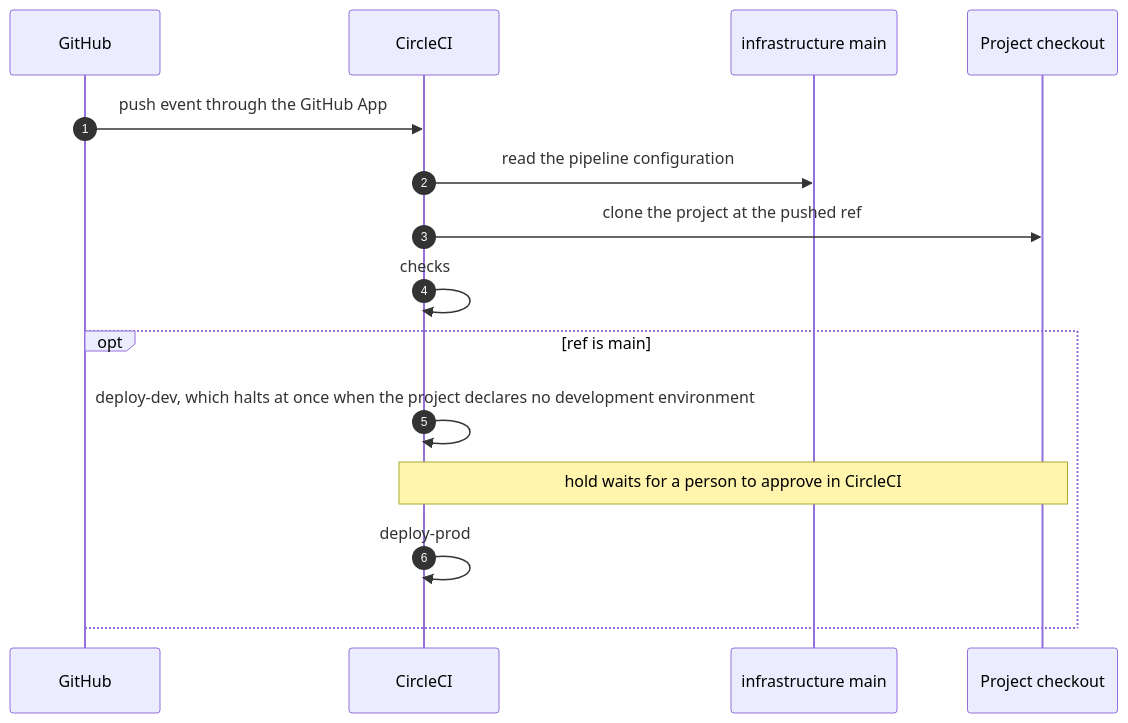
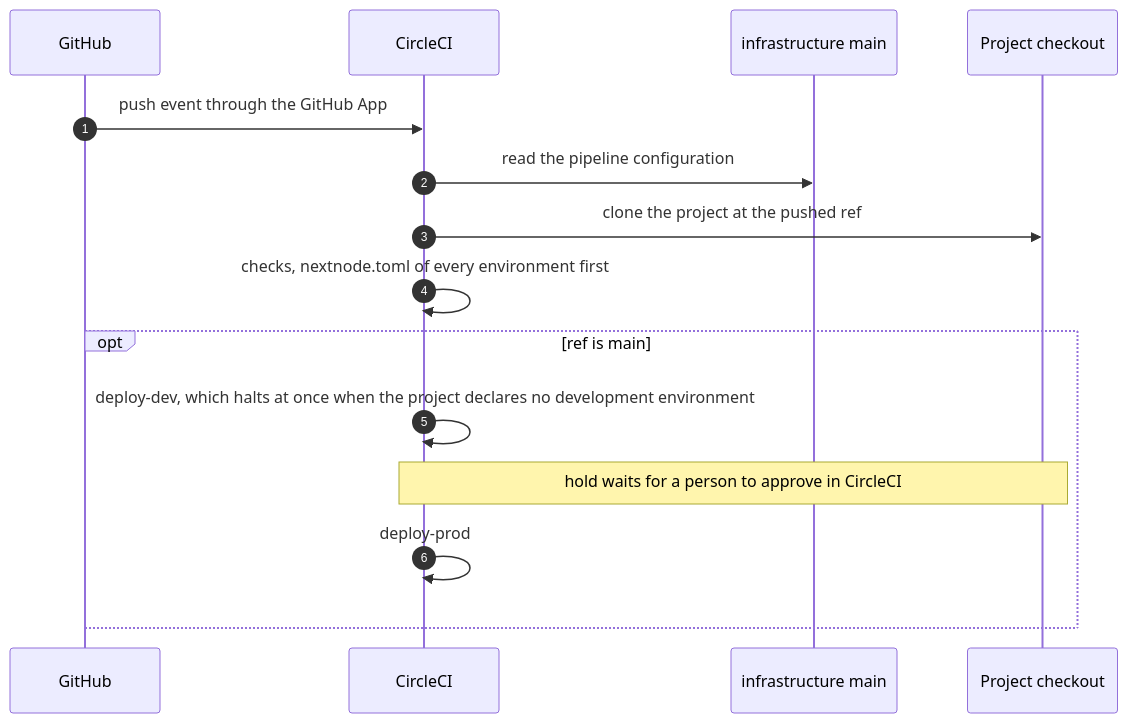
One commit to NextNodeSolutions/infrastructure changed the second of 3 diagrams in docs/architecture.md. Above: the diagram before and after it, drawn with Mermaid. The commit also changed other lines of this file and 4 other files, not shown here.

Commit message:
ci: the checks job reads nextnode.toml for every environment before any project code (#15)

````diff
--- a/docs/architecture.md
+++ b/docs/architecture.md
@@ -54,17 +54,17 @@
 ```mermaid
 sequenceDiagram
     autonumber
     participant G as GitHub
     participant C as CircleCI
     participant I as infrastructure main
     participant P as Project checkout
     G->>C: push event through the GitHub App
     C->>I: read the pipeline configuration
     C->>P: clone the project at the pushed ref
-    C->>C: checks
+    C->>C: checks, nextnode.toml of every environment first
     opt ref is main
         C->>C: deploy-dev, which halts at once when the project declares no development environment
         Note over C,P: hold waits for a person to approve in CircleCI
         C->>C: deploy-prod
     end
 ```
````
